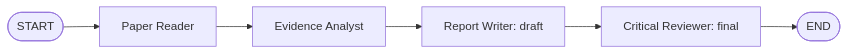
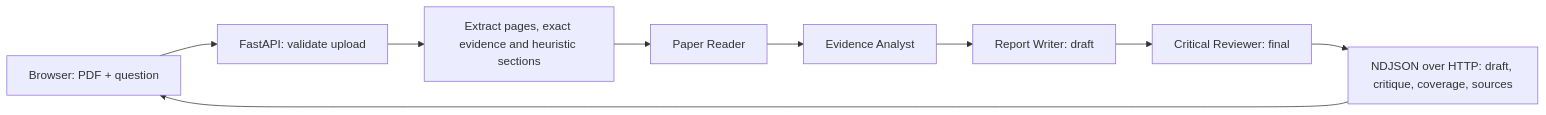
One commit to jeeth-kataria/researchagent changed the diagram in README.md. Above: the diagram before and after it, drawn with Mermaid. The commit also changed other lines of this file and 18 other files, not shown here.

````diff
--- a/README.md
+++ b/README.md
@@ -41,5 +34,8 @@
 ```mermaid
 flowchart LR
-    S([START]) --> R[Paper Reader] --> A[Evidence Analyst]
-    A --> W[Report Writer: draft] --> C[Critical Reviewer: final] --> E([END])
+    UI[Browser: PDF + question] --> API[FastAPI: validate upload]
+    API --> P[Extract pages, exact evidence and heuristic sections]
+    P --> R[Paper Reader] --> A[Evidence Analyst]
+    A --> W[Report Writer: draft] --> C[Critical Reviewer: final]
+    C --> N[NDJSON over HTTP: draft, critique, coverage, sources] --> UI
 ```
````
